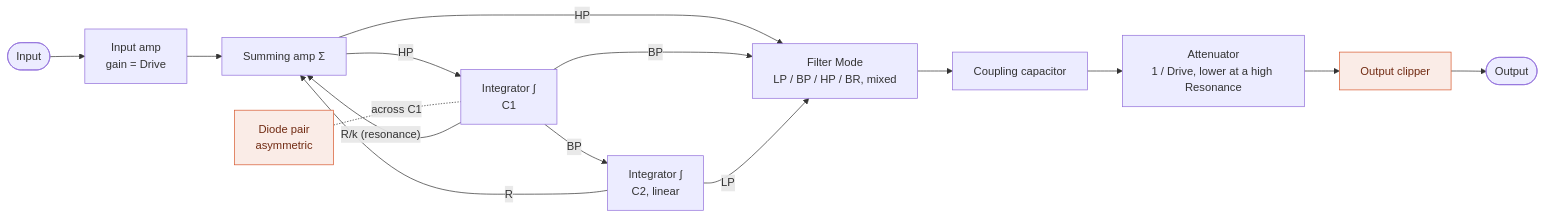
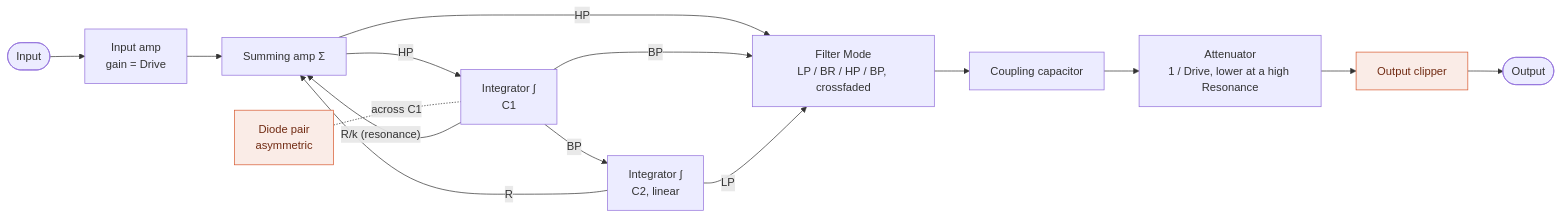
The third of 10 diagrams in PRA32-U2-Block-Diagrams.md (risgk/digital-synth-pra32-u2), drawn with Mermaid before and after one commit. The commit also changed other lines of this file and 3 other files, not shown here.

Commit message:
Docs: the block diagrams of PRA32-U2/M and the drift, the smoothing, and Voice Group Mode in the chart

````diff
--- a/PRA32-U2-Block-Diagrams.md
+++ b/PRA32-U2-Block-Diagrams.md
@@ -108,19 +109,19 @@
 ```mermaid
 flowchart LR
     IN([Input]) --> IA["Input amp<br/>gain = Drive"]
     IA --> A1["Summing amp Σ"]
     A1 -->|HP| A2["Integrator ∫<br/>C1"]
     D["Diode pair<br/>asymmetric"] -.-|across C1| A2
     A2 -->|BP| A3["Integrator ∫<br/>C2, linear"]
-    A1 -->|HP| MS["Filter Mode<br/>LP / BP / HP / BR, mixed"]
+    A1 -->|HP| MS["Filter Mode<br/>LP / BR / HP / BP, crossfaded"]
     A2 -->|BP| MS
     A3 -->|LP| MS
     MS --> CC["Coupling capacitor"]
     CC --> OA["Attenuator<br/>1 / Drive, lower at a high Resonance"]
     OA --> LIM["Output clipper"]
     LIM --> OUT([Output])
     A2 -->|"R/k (resonance)"| A1
     A3 -->|R| A1
     classDef nl fill:#FAECE7,stroke:#D85A30,color:#712B13
     class D,LIM nl
 ```
````
